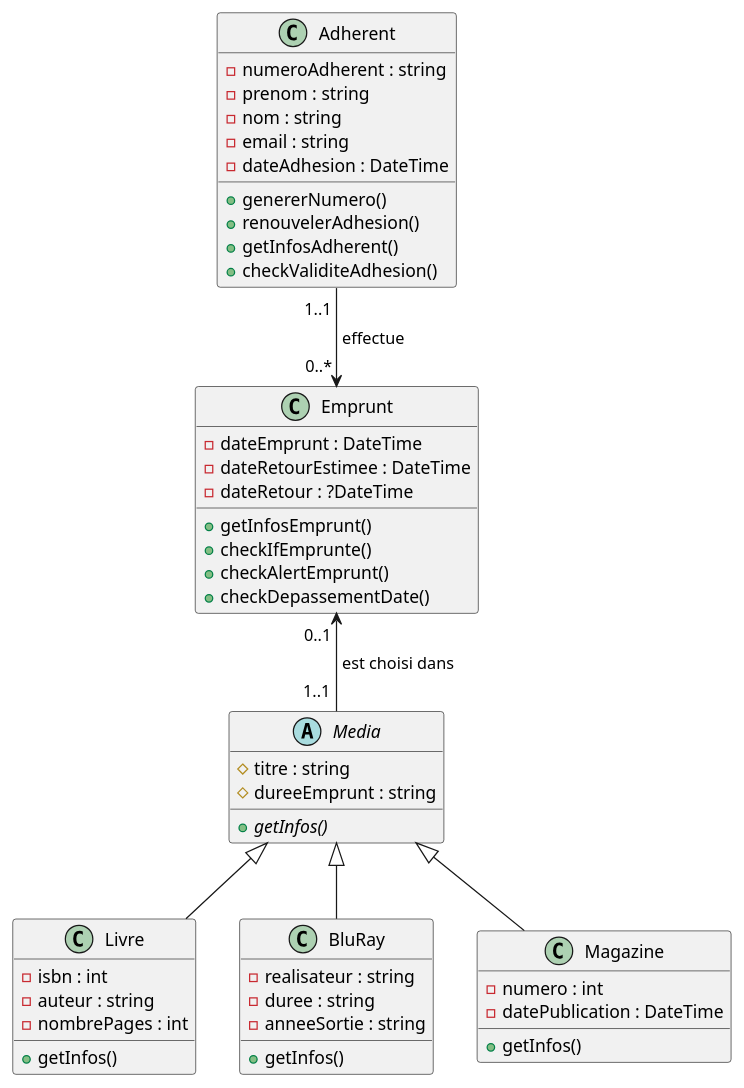
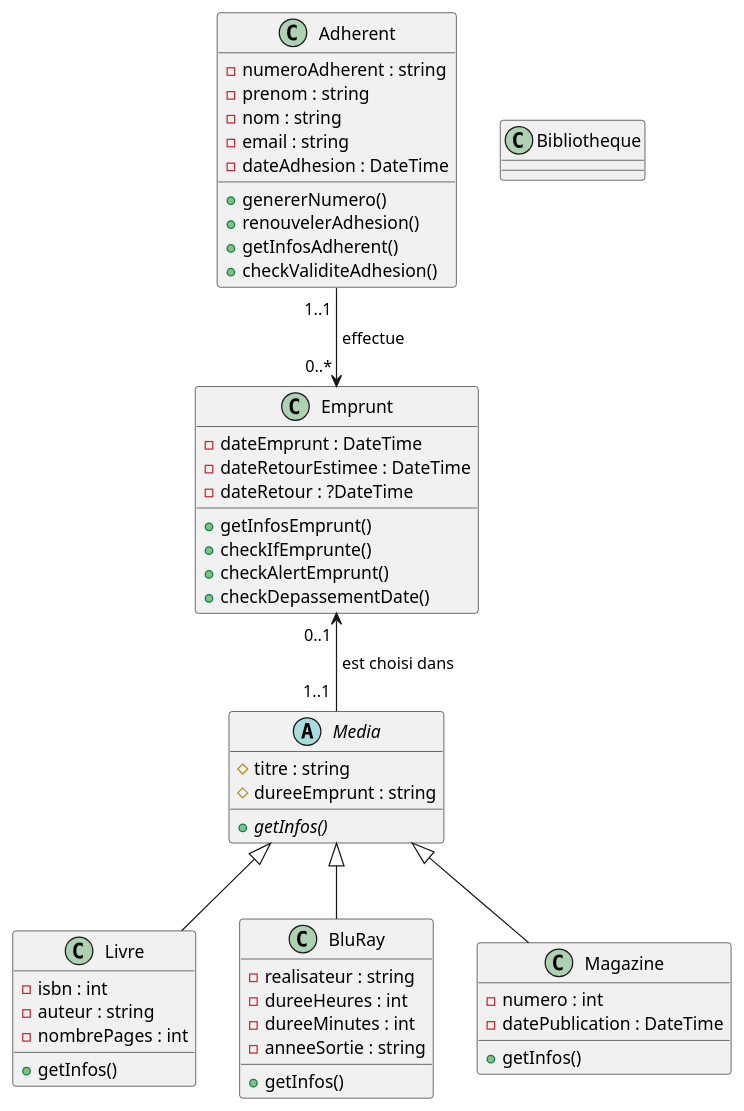
Before and after one commit to nathanpierret/php-bibliotheque: the diagram in documentation/Diagramme_de_classes.puml, drawn with PlantUML. The commit also changed 2 other files, not shown here.

```diff
--- a/documentation/Diagramme_de_classes.puml
+++ b/documentation/Diagramme_de_classes.puml
@@ -1,57 +1,62 @@
 @startuml
 'https://plantuml.com/class-diagram
 
 abstract class Media {
 #titre : string
 #dureeEmprunt : string
 {abstract} +getInfos()
 }
 
 class Livre {
 -isbn : int
 -auteur : string
 -nombrePages : int
 +getInfos()
 }
 
 class BluRay {
 -realisateur : string
--duree : string
+-dureeHeures : int
+-dureeMinutes : int
 -anneeSortie : string
 +getInfos()
 }
 
 class Magazine {
 -numero : int
 -datePublication : DateTime
 +getInfos()
 }
 
 class Adherent {
 -numeroAdherent : string
 -prenom : string
 -nom : string
 -email : string
 -dateAdhesion : DateTime
 +genererNumero()
 +renouvelerAdhesion()
 +getInfosAdherent()
 +checkValiditeAdhesion()
 }
 
 class Emprunt {
 -dateEmprunt : DateTime
 -dateRetourEstimee : DateTime
 -dateRetour : ?DateTime
 +getInfosEmprunt()
 +checkIfEmprunte()
 +checkAlertEmprunt()
 +checkDepassementDate()
 }
 
+class Bibliotheque {
+
+}
+
 Media <|-- Livre
 Media <|-- Magazine
 Media <|-- BluRay
 Adherent "1..1 " --> "0..* " Emprunt : " effectue"
 Emprunt "0..1 " <-- "1..1 " Media : " est choisi dans"
 @enduml
```
